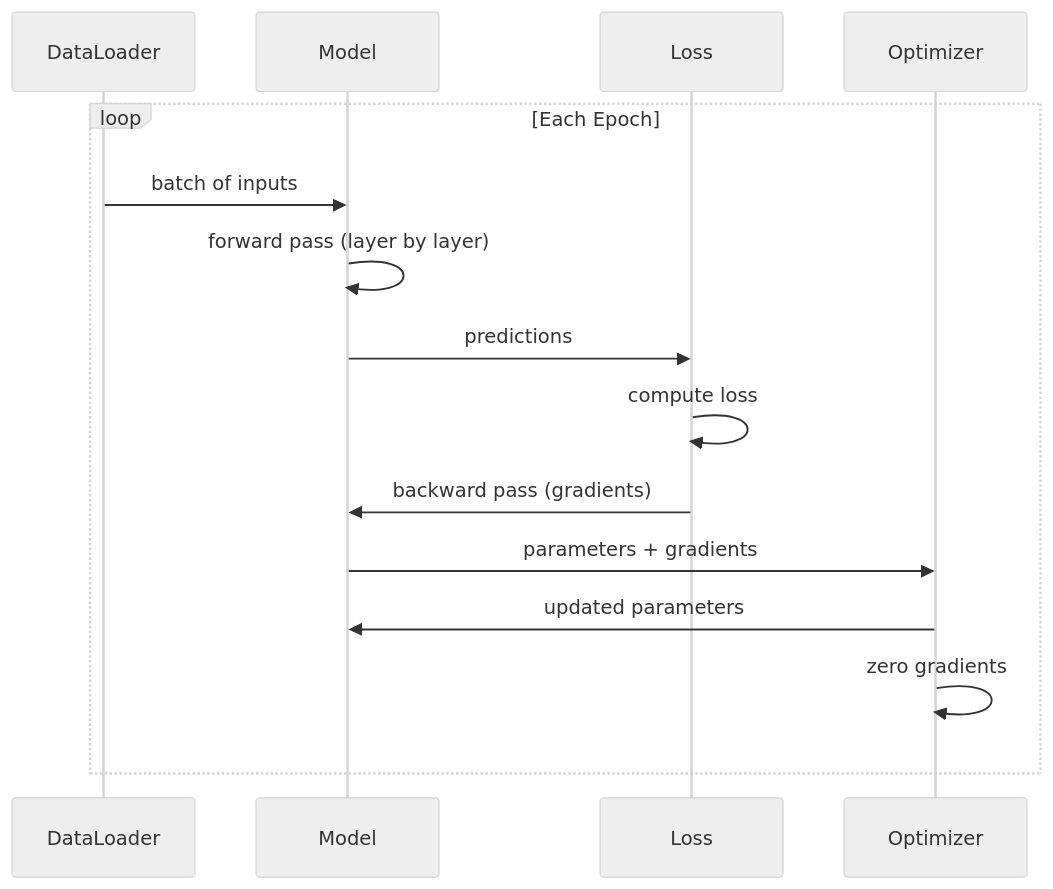
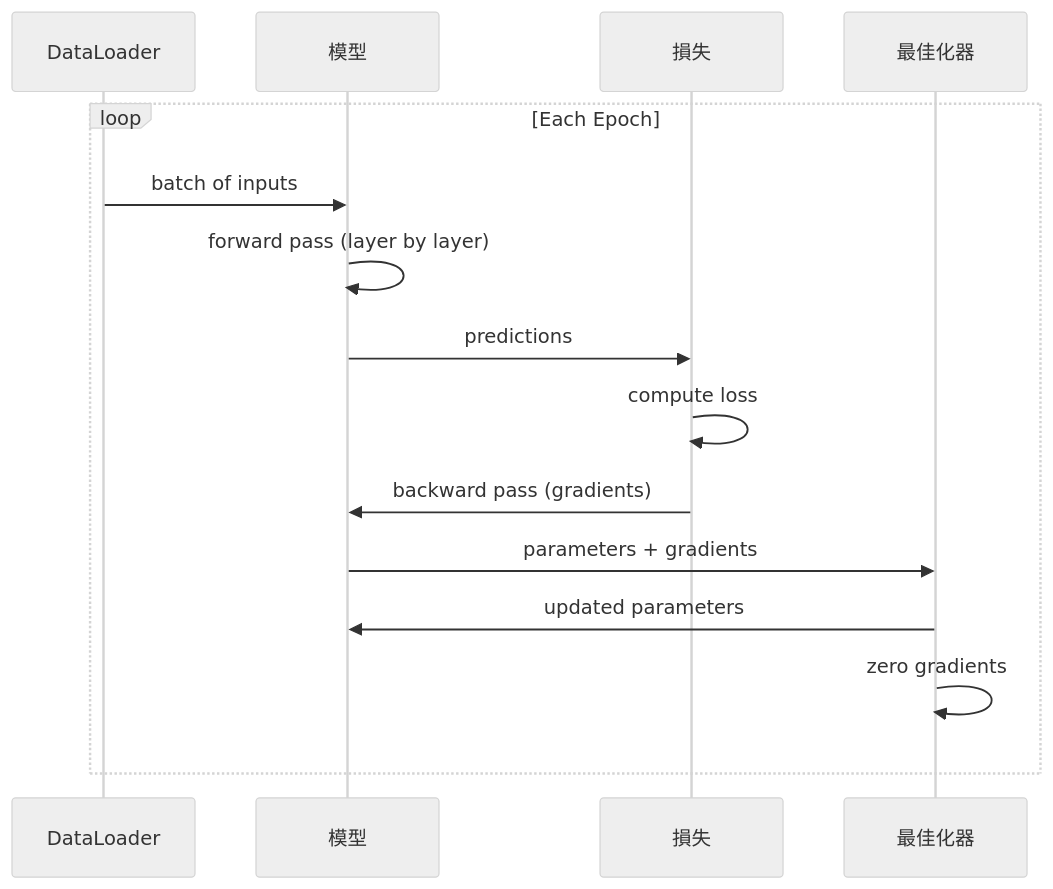
The second of 3 diagrams in i18n/zh-TW/phases/03-deep-learning-core/10-mini-framework/docs/zh-TW.md (edward821220/ai-engineering-from-scratch), drawn with Mermaid (neutral theme) before and after one commit. The commit also changed 6 other files, not shown here.

````diff
--- a/i18n/zh-TW/phases/03-deep-learning-core/10-mini-framework/docs/zh-TW.md
+++ b/i18n/zh-TW/phases/03-deep-learning-core/10-mini-framework/docs/zh-TW.md
@@ -94,18 +94,18 @@
 ```mermaid
 sequenceDiagram
     participant DL as DataLoader
-    participant M as Model
-    participant L as Loss
-    participant O as Optimizer
+    participant M as 模型
+    participant L as 損失
+    participant O as 最佳化器
 
     loop Each Epoch
         DL->>M: batch of inputs
         M->>M: forward pass (layer by layer)
         M->>L: predictions
         L->>L: compute loss
         L->>M: backward pass (gradients)
         M->>O: parameters + gradients
         O->>M: updated parameters
         O->>O: zero gradients
     end
 ```
````
